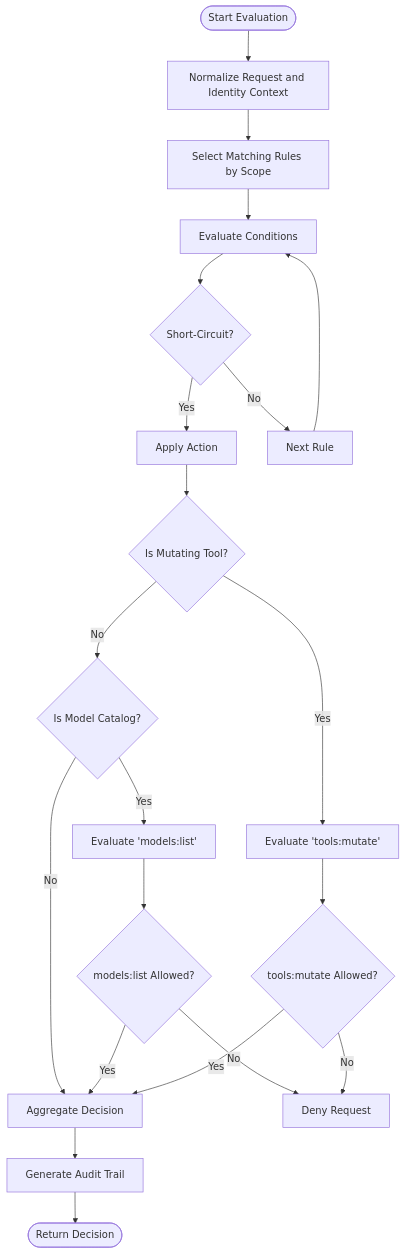
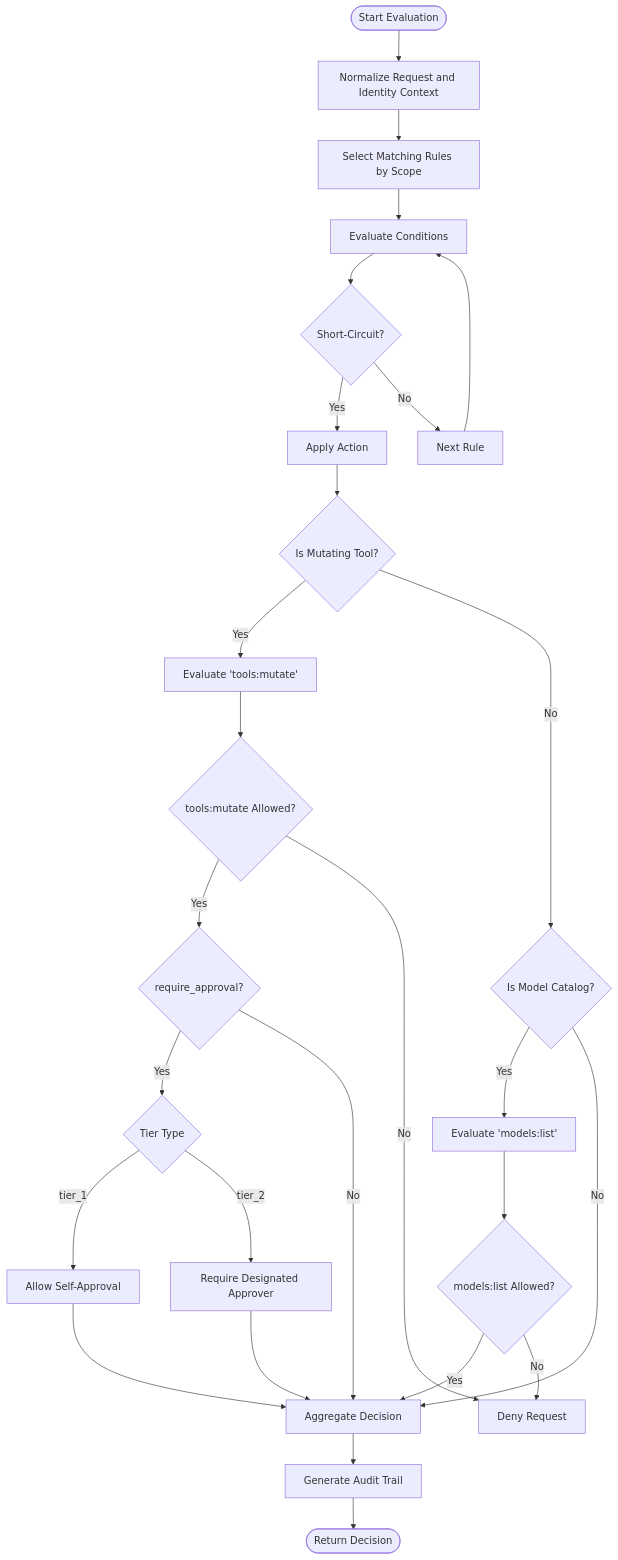
Before and after one commit to metasync/luban-aiops: the third of 5 diagrams in .qoder/repowiki/en/content/Policy Management/Policy Management.md, drawn with Mermaid. The commit also changed other lines of this file and 7 other files, not shown here.

````diff
--- a/.qoder/repowiki/en/content/Policy Management/Policy Management.md
+++ b/.qoder/repowiki/en/content/Policy Management/Policy Management.md
@@ -374,23 +390,29 @@
 ```mermaid
 flowchart TD
 Start(["Start Evaluation"]) --> Normalize["Normalize Request and Identity Context"]
 Normalize --> SelectRules["Select Matching Rules by Scope"]
 SelectRules --> EvaluateConditions["Evaluate Conditions"]
 EvaluateConditions --> ShortCircuit{"Short-Circuit?"}
 ShortCircuit --> |Yes| ApplyAction["Apply Action"]
 ShortCircuit --> |No| NextRule["Next Rule"]
 NextRule --> EvaluateConditions
 ApplyAction --> CheckRiskTier{"Is Mutating Tool?"}
 CheckRiskTier --> |Yes| MutateCheck["Evaluate 'tools:mutate'"]
 CheckRiskTier --> |No| CheckModels{"Is Model Catalog?"}
 CheckModels --> |Yes| ModelsCheck["Evaluate 'models:list'"]
 CheckModels --> |No| Aggregate["Aggregate Decision"]
 ModelsCheck --> ModelsDecision{"models:list Allowed?"}
 ModelsDecision --> |Yes| Aggregate
 ModelsDecision --> |No| Deny["Deny Request"]
 MutateCheck --> MutateDecision{"tools:mutate Allowed?"}
-MutateDecision --> |Yes| Aggregate
+MutateDecision --> |Yes| CheckApproval{"require_approval?"}
 MutateDecision --> |No| Deny
+CheckApproval --> |Yes| TierCheck{"Tier Type"}
+CheckApproval --> |No| Aggregate
+TierCheck --> |tier_1| SelfApproval["Allow Self-Approval"]
+TierCheck --> |tier_2| DesignatedApprover["Require Designated Approver"]
+SelfApproval --> Aggregate
+DesignatedApprover --> Aggregate
 Aggregate --> Audit["Generate Audit Trail"]
 Audit --> End(["Return Decision"])
 ```
````
